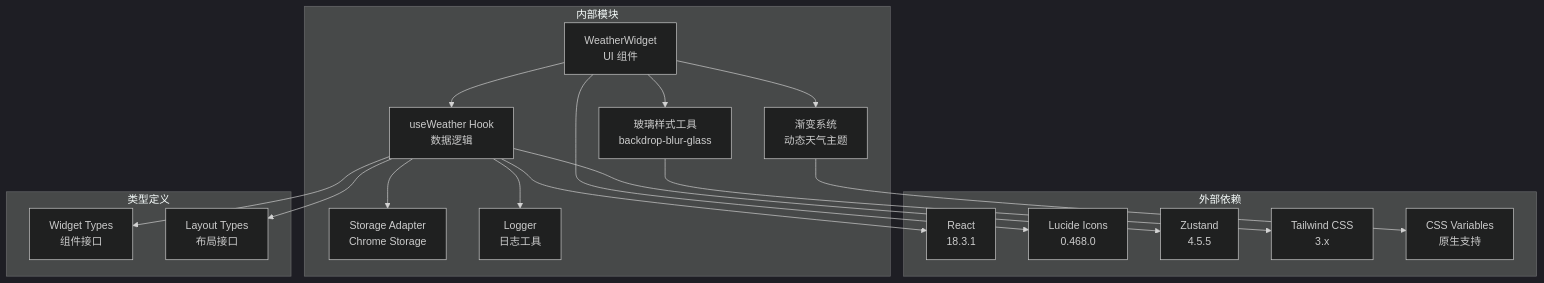
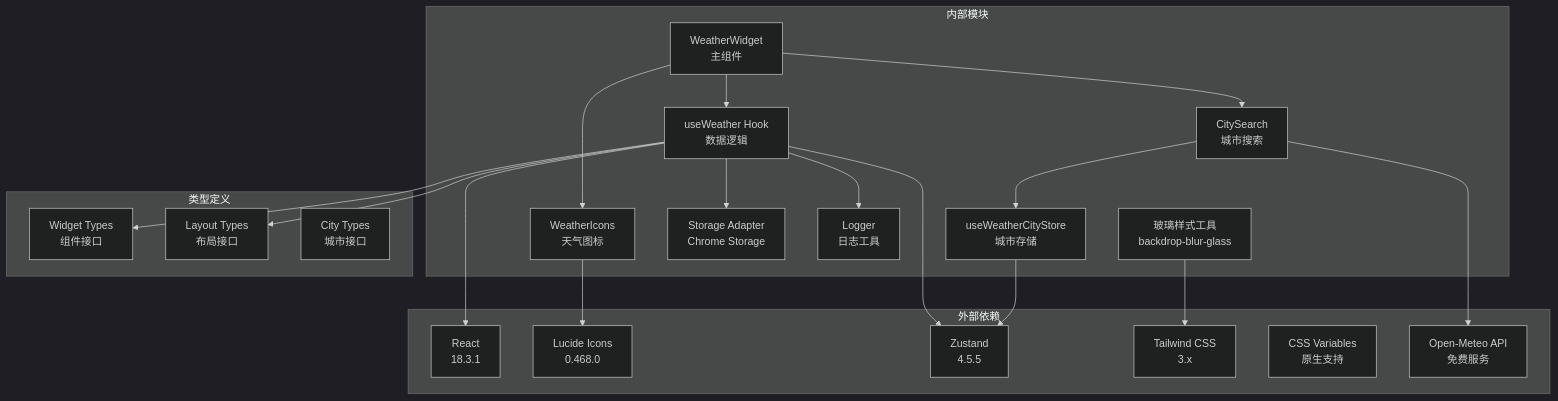
One commit to Zy0913/xtab changed the ninth of 9 diagrams in .qoder/repowiki/zh/content/核心功能模块/天气组件.md. Above: the diagram before and after it, drawn with Mermaid (dark theme). The commit also changed other lines of this file and 15 other files, not shown here.

````diff
--- a/.qoder/repowiki/zh/content/核心功能模块/天气组件.md
+++ b/.qoder/repowiki/zh/content/核心功能模块/天气组件.md
@@ -433,34 +618,40 @@
 ```mermaid
 graph TB
 subgraph "外部依赖"
 React["React<br/>18.3.1"]
 Lucide["Lucide Icons<br/>0.468.0"]
 Zusta["Zustand<br/>4.5.5"]
 TailwindCSS["Tailwind CSS<br/>3.x"]
 CSSVariables["CSS Variables<br/>原生支持"]
+OpenMeteo["Open-Meteo API<br/>免费服务"]
 end
 subgraph "内部模块"
-WeatherWidget["WeatherWidget<br/>UI 组件"]
+WeatherWidget["WeatherWidget<br/>主组件"]
+CitySearch["CitySearch<br/>城市搜索"]
+WeatherIcons["WeatherIcons<br/>天气图标"]
 UseWeatherHook["useWeather Hook<br/>数据逻辑"]
+UseWeatherCityStore["useWeatherCityStore<br/>城市存储"]
 StorageAdapter["Storage Adapter<br/>Chrome Storage"]
 LoggerUtil["Logger<br/>日志工具"]
 GlassUtilities["玻璃样式工具<br/>backdrop-blur-glass"]
-GradientSystem["渐变系统<br/>动态天气主题"]
 end
 subgraph "类型定义"
 WidgetTypes["Widget Types<br/>组件接口"]
 LayoutTypes["Layout Types<br/>布局接口"]
+CityTypes["City Types<br/>城市接口"]
 end
+WeatherWidget --> CitySearch
+WeatherWidget --> WeatherIcons
+CitySearch --> UseWeatherCityStore
+CitySearch --> OpenMeteo
 WeatherWidget --> UseWeatherHook
-WeatherWidget --> GlassUtilities
-WeatherWidget --> GradientSystem
 UseWeatherHook --> StorageAdapter
 UseWeatherHook --> LoggerUtil
 UseWeatherHook --> WidgetTypes
 UseWeatherHook --> LayoutTypes
 UseWeatherHook --> React
-WeatherWidget --> Lucide
+WeatherIcons --> Lucide
+UseWeatherCityStore --> Zusta
 UseWeatherHook --> Zusta
 GlassUtilities --> TailwindCSS
-GradientSystem --> CSSVariables
 ```
````
